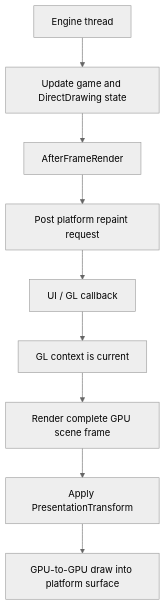
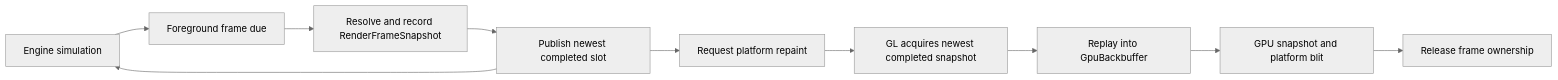
Before and after one commit to Isthimius/Gondwana: the diagram in docs/wiki/GL-Rendering-Path.md, drawn with Mermaid (neutral theme). The commit also changed other lines of this file and 20 other files, not shown here.

Commit message:
test: validate native snapshot replay and stalled Scene Viewer consumption

````diff
--- a/docs/wiki/GL-Rendering-Path.md
+++ b/docs/wiki/GL-Rendering-Path.md
@@ -29,11 +7,12 @@
 ```mermaid
-flowchart TD
-    A["Engine thread"] --> B["Update game and DirectDrawing state"]
-    B --> C["AfterFrameRender"]
-    C --> D["Post platform repaint request"]
-    D --> E["UI / GL callback"]
-    E --> F["GL context is current"]
-    F --> G["Render complete GPU scene frame"]
-    G --> H["Apply PresentationTransform"]
-    H --> I["GPU-to-GPU draw into platform surface"]
+flowchart LR
+    A[Engine simulation] --> B[Foreground frame due]
+    B --> C[Resolve and record RenderFrameSnapshot]
+    C --> D[Publish newest completed slot]
+    D --> A
+    D --> E[Request platform repaint]
+    E --> F[GL acquires newest completed snapshot]
+    F --> G[Replay into GpuBackbuffer]
+    G --> H[GPU snapshot and platform blit]
+    H --> I[Release frame ownership]
 ```
````
